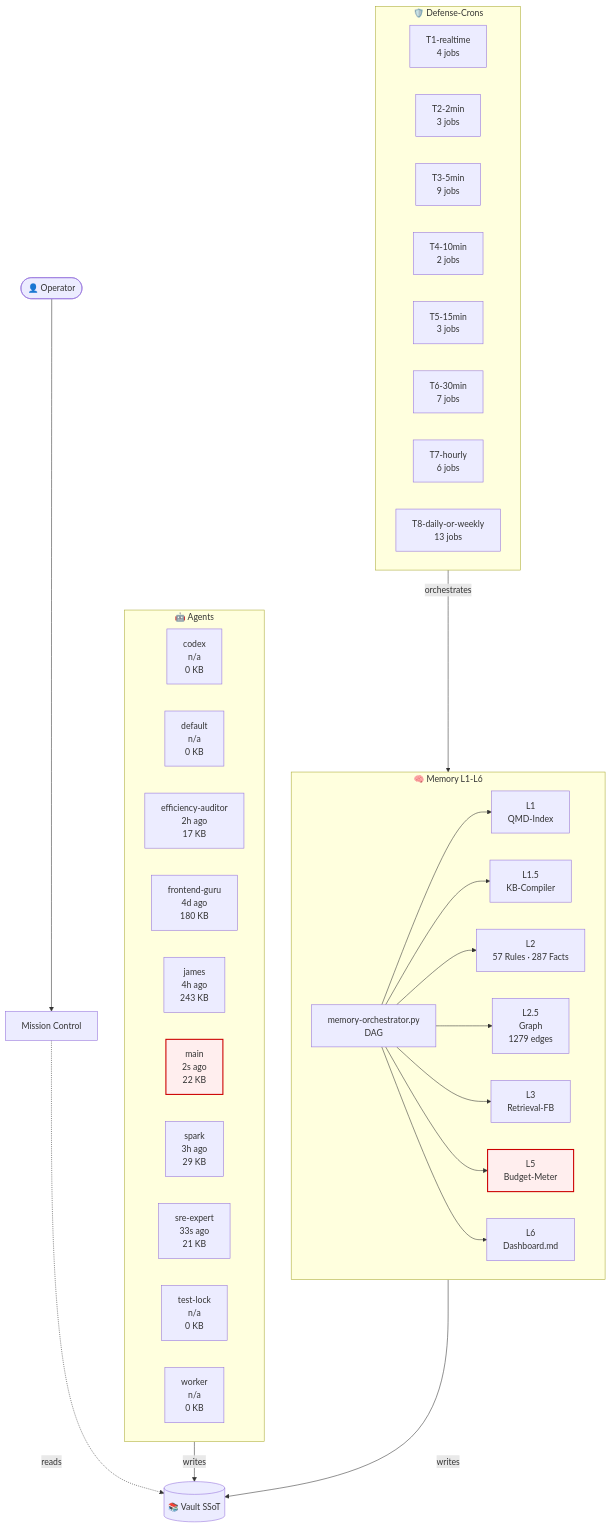
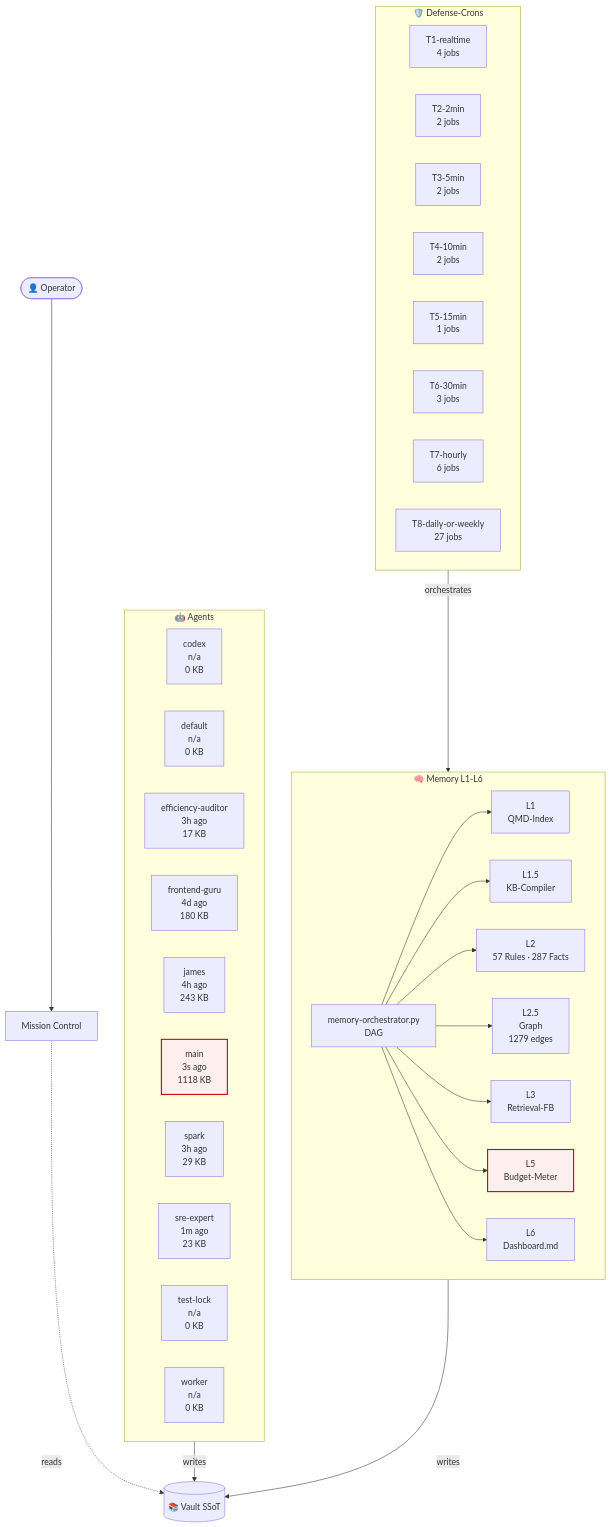
The diagram in 03-Agents/architecture-live.md (lenardhuebner88-rgb/openclaw-memory), drawn with Mermaid before and after one commit. The commit also changed other lines of this file and 6 other files, not shown here.

````diff
--- a/03-Agents/architecture-live.md
+++ b/03-Agents/architecture-live.md
@@ -18,53 +18,53 @@
 ```mermaid
 flowchart TB
     classDef critical fill:#fee,stroke:#c00,stroke-width:2px;
     subgraph AGT["🤖 Agents"]
         agent_codex["codex<br/>n/a<br/>0 KB"]
         agent_default["default<br/>n/a<br/>0 KB"]
-        agent_efficiency_auditor["efficiency-auditor<br/>2h ago<br/>17 KB"]
+        agent_efficiency_auditor["efficiency-auditor<br/>3h ago<br/>17 KB"]
         agent_frontend_guru["frontend-guru<br/>4d ago<br/>180 KB"]
         agent_james["james<br/>4h ago<br/>243 KB"]
-        agent_main["main<br/>2s ago<br/>22 KB"]
+        agent_main["main<br/>3s ago<br/>1118 KB"]
         agent_spark["spark<br/>3h ago<br/>29 KB"]
-        agent_sre_expert["sre-expert<br/>33s ago<br/>21 KB"]
+        agent_sre_expert["sre-expert<br/>1m ago<br/>23 KB"]
         agent_test_lock["test-lock<br/>n/a<br/>0 KB"]
         agent_worker["worker<br/>n/a<br/>0 KB"]
     end
     subgraph MEM["🧠 Memory L1-L6"]
         L1["L1<br/>QMD-Index"]
         L15["L1.5<br/>KB-Compiler"]
         L2["L2<br/>57 Rules · 287 Facts"]
         L25["L2.5<br/>Graph<br/>1279 edges"]
         L3["L3<br/>Retrieval-FB"]
         L5["L5<br/>Budget-Meter"]
         L6["L6<br/>Dashboard.md"]
         ORCH["memory-orchestrator.py<br/>DAG"]
     end
     subgraph CRN["🛡️ Defense-Crons"]
         tier_T1_realtime["T1-realtime<br/>4 jobs"]
-        tier_T2_2min["T2-2min<br/>3 jobs"]
-        tier_T3_5min["T3-5min<br/>9 jobs"]
+        tier_T2_2min["T2-2min<br/>2 jobs"]
+        tier_T3_5min["T3-5min<br/>2 jobs"]
         tier_T4_10min["T4-10min<br/>2 jobs"]
-        tier_T5_15min["T5-15min<br/>3 jobs"]
-        tier_T6_30min["T6-30min<br/>7 jobs"]
+        tier_T5_15min["T5-15min<br/>1 jobs"]
+        tier_T6_30min["T6-30min<br/>3 jobs"]
         tier_T7_hourly["T7-hourly<br/>6 jobs"]
-        tier_T8_daily_or_weekly["T8-daily-or-weekly<br/>13 jobs"]
+        tier_T8_daily_or_weekly["T8-daily-or-weekly<br/>27 jobs"]
     end
     VAULT[("📚 Vault SSoT")]
     OP([👤 Operator])
     MC["Mission Control"]
     OP --> MC
     MC -.reads.-> VAULT
     AGT -->|writes| VAULT
     MEM -->|writes| VAULT
     ORCH --> L1
     ORCH --> L15
     ORCH --> L2
     ORCH --> L25
     ORCH --> L3
     ORCH --> L5
     ORCH --> L6
     CRN -->|orchestrates| MEM
     class L5 critical
     class agent_main critical
 ```
````
